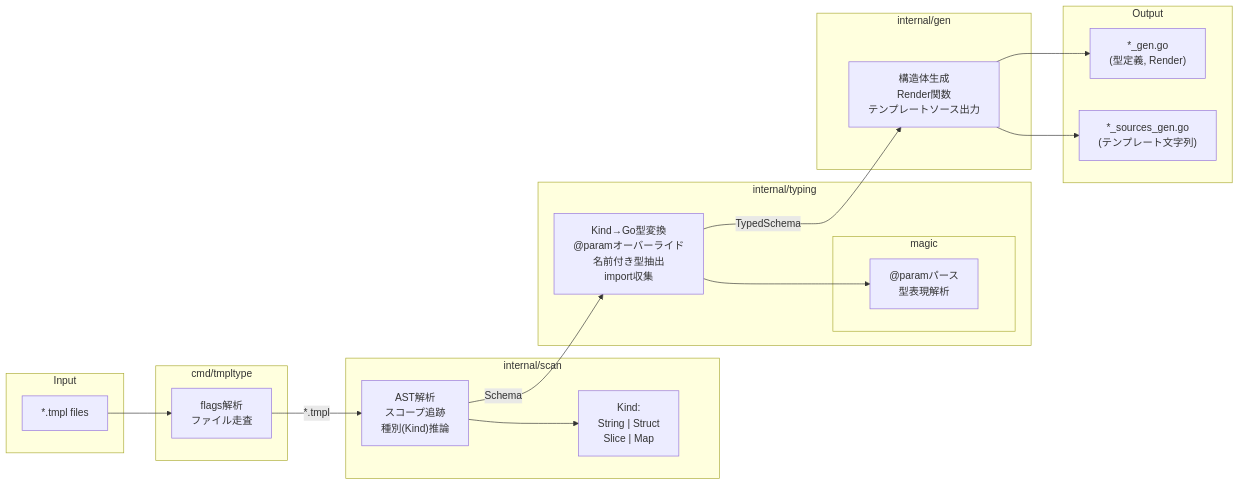
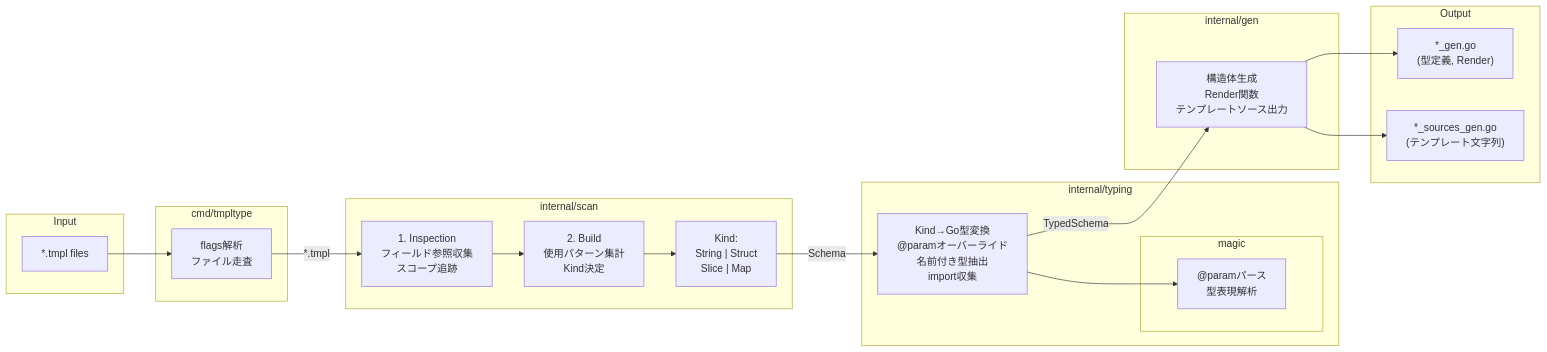
One commit to bellwood4486/tmpltype changed the diagram in CLAUDE.md. Above: the diagram before and after it, drawn with Mermaid. The commit also changed other lines of this file, not shown here.

First line of the commit message:
docs: Update CLAUDE.md to reflect two-pass scan architecture

````diff
--- a/CLAUDE.md
+++ b/CLAUDE.md
@@ -30,40 +30,42 @@
 ```mermaid
 flowchart LR
     subgraph Input
         TMPL["*.tmpl files"]
     end
 
     subgraph cmd["cmd/tmpltype"]
         CMD_MAIN["flags解析<br/>ファイル走査"]
     end
 
     subgraph scan["internal/scan"]
-        SCAN_MAIN["AST解析<br/>スコープ追跡<br/>種別(Kind)推論"]
+        INSPECT["1. Inspection<br/>フィールド参照収集<br/>スコープ追跡"]
+        BUILD["2. Build<br/>使用パターン集計<br/>Kind決定"]
         KIND["Kind:<br/>String | Struct<br/>Slice | Map"]
+        INSPECT --> BUILD
+        BUILD --> KIND
     end
 
     subgraph typing["internal/typing"]
         TYPE_MAIN["Kind→Go型変換<br/>@paramオーバーライド<br/>名前付き型抽出<br/>import収集"]
         subgraph magic["magic"]
             MAGIC["@paramパース<br/>型表現解析"]
         end
     end
 
     subgraph gen["internal/gen"]
         GEN_MAIN["構造体生成<br/>Render関数<br/>テンプレートソース出力"]
     end
 
     subgraph Output
         OUT1["*_gen.go<br/>(型定義, Render)"]
         OUT2["*_sources_gen.go<br/>(テンプレート文字列)"]
     end
 
     TMPL --> CMD_MAIN
-    CMD_MAIN -->|"*.tmpl"| SCAN_MAIN
-    SCAN_MAIN --> KIND
-    SCAN_MAIN -->|"Schema"| TYPE_MAIN
+    CMD_MAIN -->|"*.tmpl"| INSPECT
+    KIND -->|"Schema"| TYPE_MAIN
     TYPE_MAIN --> MAGIC
     TYPE_MAIN -->|"TypedSchema"| GEN_MAIN
     GEN_MAIN --> OUT1
     GEN_MAIN --> OUT2
 ```
````
